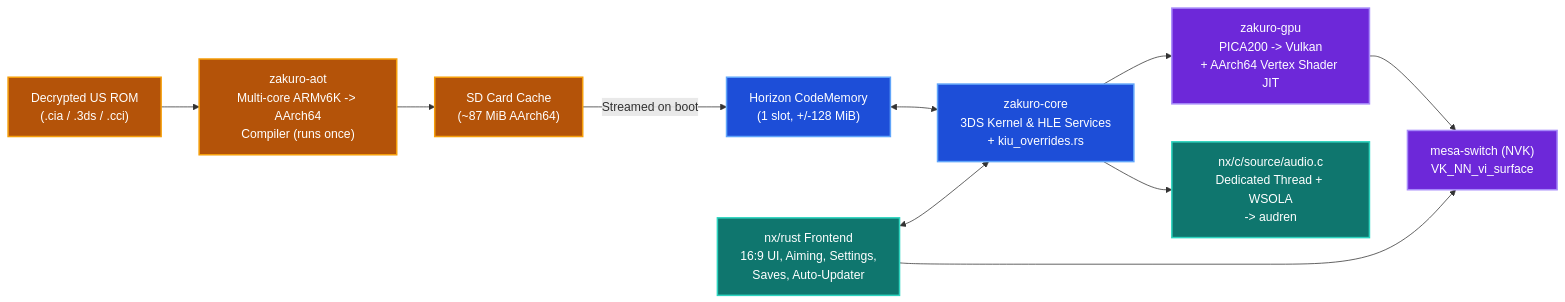
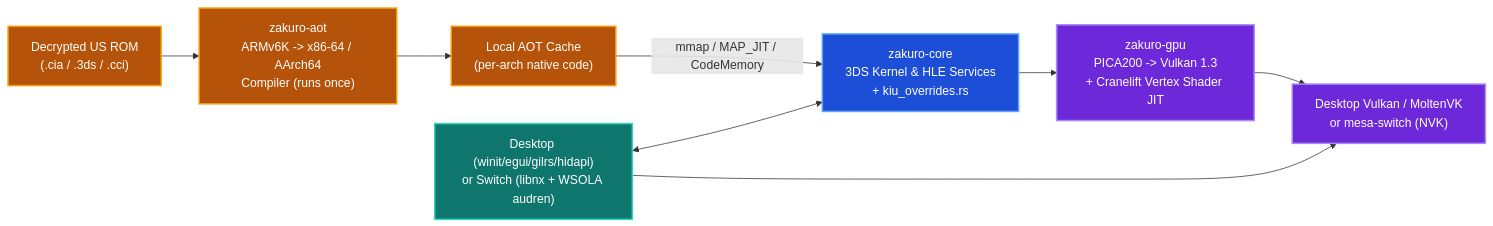
Before and after one commit to Angle-Brackets/UprisingNX: the diagram in README.md, drawn with Mermaid. The commit also changed other lines of this file and 5 other files, not shown here.

````diff
--- a/README.md
+++ b/README.md
@@ -156,19 +187,17 @@
 ```mermaid
 flowchart LR
     classDef aot fill:#b45309,stroke:#f59e0b,stroke-width:2px,color:#ffffff
     classDef core fill:#1d4ed8,stroke:#60a5fa,stroke-width:2px,color:#ffffff
     classDef gpu fill:#6d28d9,stroke:#a78bfa,stroke-width:2px,color:#ffffff
-    classDef nx fill:#0f766e,stroke:#2dd4bf,stroke-width:2px,color:#ffffff
+    classDef fe fill:#0f766e,stroke:#2dd4bf,stroke-width:2px,color:#ffffff
 
-    ROM["Decrypted US ROM\n(.cia / .3ds / .cci)"]:::aot --> AOT["zakuro-aot\nMulti-core ARMv6K -> AArch64\nCompiler (runs once)"]:::aot
-    AOT --> Cache["SD Card Cache\n(~87 MiB AArch64)"]:::aot
-    Cache -->|"Streamed on boot"| CodeMem["Horizon CodeMemory\n(1 slot, +/-128 MiB)"]:::core
+    ROM["Decrypted US ROM\n(.cia / .3ds / .cci)"]:::aot --> AOT["zakuro-aot\nARMv6K -> x86-64 / AArch64\nCompiler (runs once)"]:::aot
+    AOT --> Cache["Local AOT Cache\n(per-arch native code)"]:::aot
+    Cache -->|"mmap / MAP_JIT / CodeMemory"| Core["zakuro-core\n3DS Kernel & HLE Services\n+ kiu_overrides.rs"]:::core
 
-    CodeMem <--> Core["zakuro-core\n3DS Kernel & HLE Services\n+ kiu_overrides.rs"]:::core
-    Core --> GPU["zakuro-gpu\nPICA200 -> Vulkan\n+ AArch64 Vertex Shader JIT"]:::gpu
-    GPU --> Mesa["mesa-switch (NVK)\nVK_NN_vi_surface"]:::gpu
+    Core --> GPU["zakuro-gpu\nPICA200 -> Vulkan 1.3\n+ Cranelift Vertex Shader JIT"]:::gpu
+    GPU --> Vk["Desktop Vulkan / MoltenVK\nor mesa-switch (NVK)"]:::gpu
 
-    Core --> Audio["nx/c/source/audio.c\nDedicated Thread + WSOLA\n-> audren"]:::nx
-    Frontend["nx/rust Frontend\n16:9 UI, Aiming, Settings,\nSaves, Auto-Updater"]:::nx <--> Core
-    Frontend --> Mesa
+    Frontend["Desktop (winit/egui/gilrs/hidapi)\nor Switch (libnx + WSOLA audren)"]:::fe <--> Core
+    Frontend --> Vk
 ```
````
